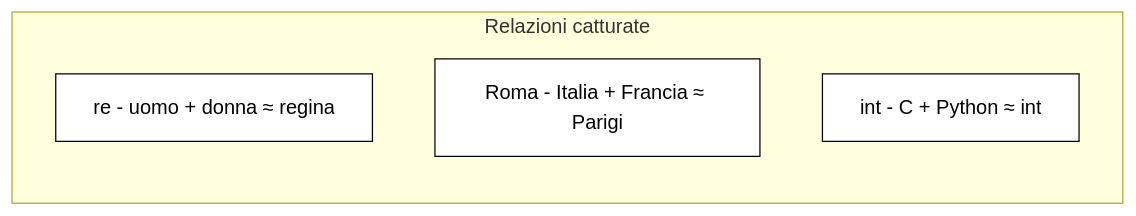
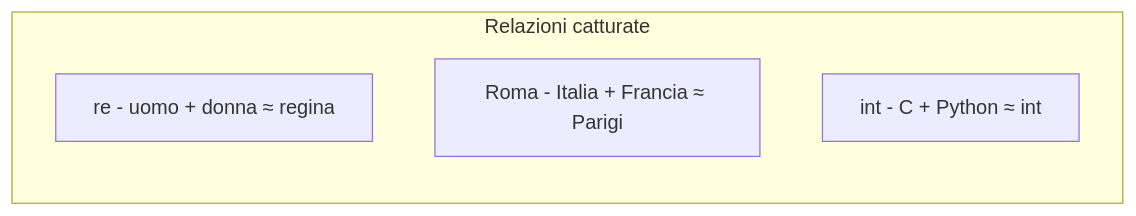
The fifth of 7 diagrams in pages/slides_lezione1.md (gdegani/its_slides_ai), drawn with Mermaid before and after one commit. The commit also changed other lines of this file and 2 other files, not shown here.

````diff
--- a/pages/slides_lezione1.md
+++ b/pages/slides_lezione1.md
@@ -304,11 +291,8 @@
 ```mermaid
 flowchart LR
     subgraph Relazioni catturate
         A["re - uomo + donna ≈ regina"]
         B["Roma - Italia + Francia ≈ Parigi"]
         C["int - C + Python ≈ int"]
     end
-    style A fill:#fff,stroke:#000,color:#000
-    style B fill:#fff,stroke:#000,color:#000
-    style C fill:#fff,stroke:#000,color:#000
 ```
````
